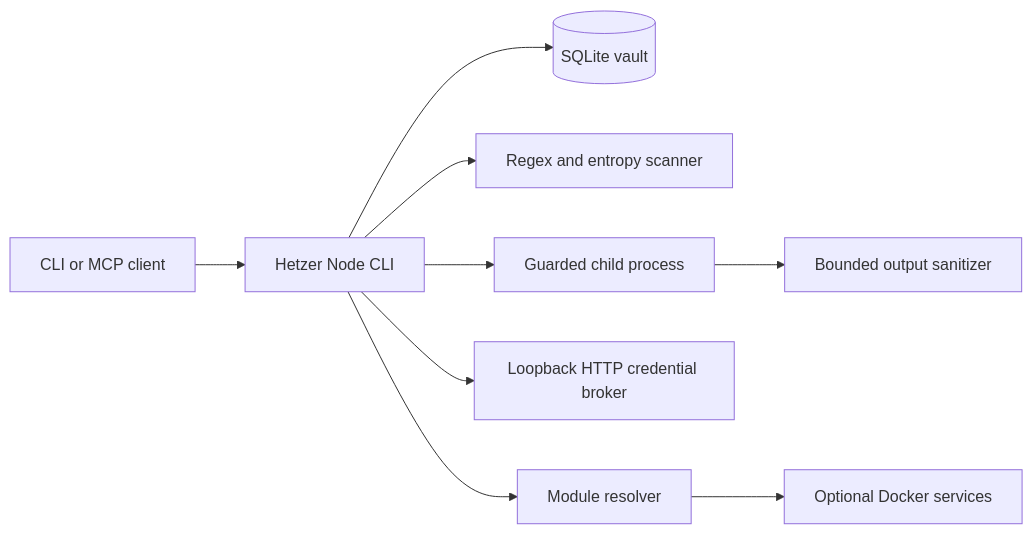
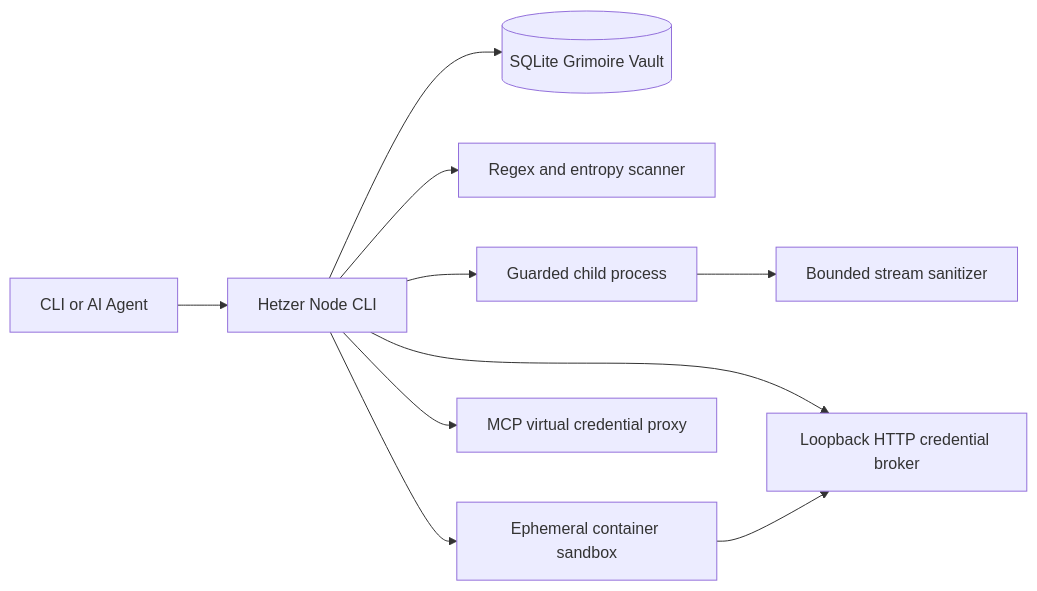
Before and after one commit to agunggnn/hetzer: the diagram in docs/architecture.md, drawn with Mermaid. The commit also changed other lines of this file and 11 other files, not shown here.

````diff
--- a/docs/architecture.md
+++ b/docs/architecture.md
@@ -7,11 +7,12 @@
 ```mermaid
 flowchart LR
-    User[CLI or MCP client] --> CLI[Hetzer Node CLI]
-    CLI --> Vault[(SQLite vault)]
+    User[CLI or AI Agent] --> CLI[Hetzer Node CLI]
+    CLI --> Vault[(SQLite Grimoire Vault)]
     CLI --> Scanner[Regex and entropy scanner]
     CLI --> Exec[Guarded child process]
+    CLI --> Sandbox[Ephemeral container sandbox]
     CLI --> Broker[Loopback HTTP credential broker]
-    CLI --> Modules[Module resolver]
-    Exec --> Redactor[Bounded output sanitizer]
-    Modules --> Compose[Optional Docker services]
+    CLI --> MCP[MCP virtual credential proxy]
+    Exec --> Redactor[Bounded stream sanitizer]
+    Sandbox --> Broker
 ```
````
